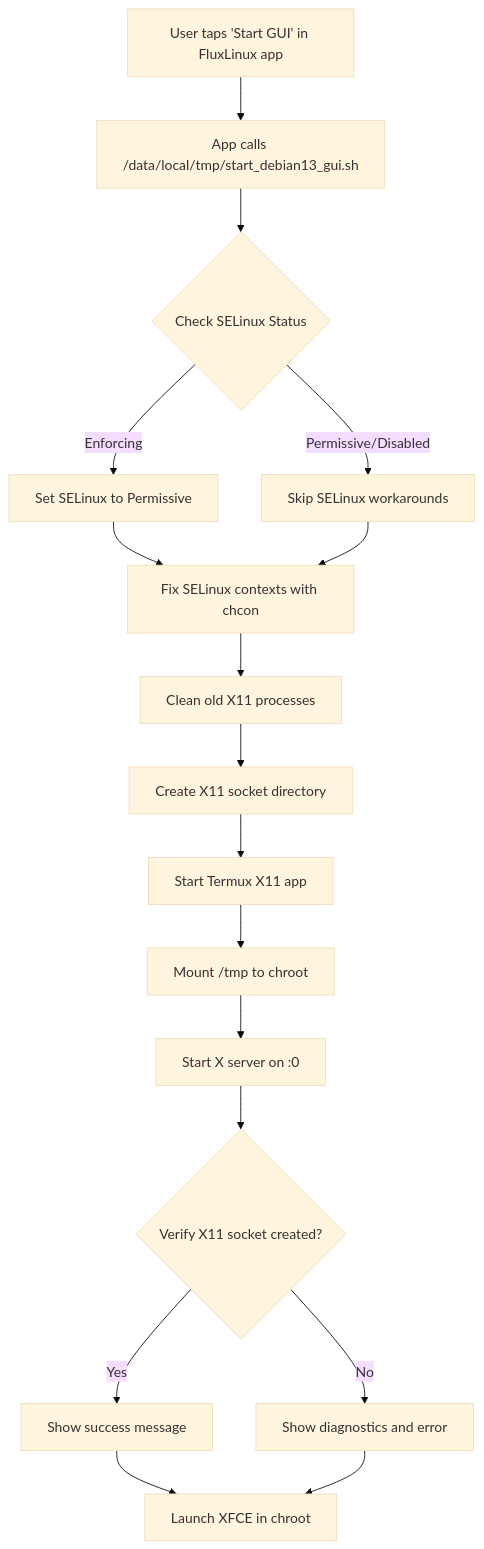
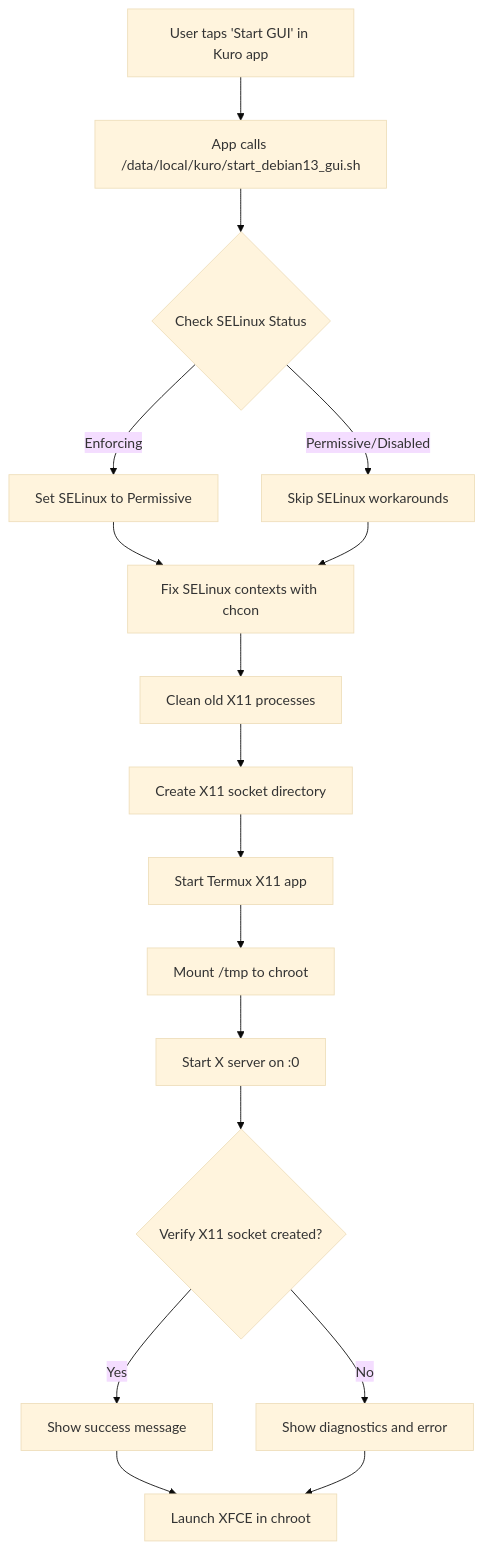
One commit to HakaI963/kuro changed the diagram in docs/hyperos_x11_fix.md. Above: the diagram before and after it, drawn with Mermaid (base theme). The commit also changed other lines of this file and 573 other files, not shown here.

````diff
--- a/docs/hyperos_x11_fix.md
+++ b/docs/hyperos_x11_fix.md
@@ -177,19 +177,19 @@
 ```mermaid
 graph TD
-    A[User taps 'Start GUI' in FluxLinux app] --> B[App calls /data/local/tmp/start_debian13_gui.sh]
+    A[User taps 'Start GUI' in Kuro app] --> B[App calls /data/local/kuro/start_debian13_gui.sh]
     B --> C{Check SELinux Status}
     C -->|Enforcing| D[Set SELinux to Permissive]
     C -->|Permissive/Disabled| E[Skip SELinux workarounds]
     D --> F[Fix SELinux contexts with chcon]
     E --> F
     F --> G[Clean old X11 processes]
     G --> H[Create X11 socket directory]
     H --> I[Start Termux X11 app]
     I --> J[Mount /tmp to chroot]
     J --> K[Start X server on :0]
     K --> L{Verify X11 socket created?}
     L -->|Yes| M[Show success message]
     L -->|No| N[Show diagnostics and error]
     M --> O[Launch XFCE in chroot]
     N --> O
 ```
````
